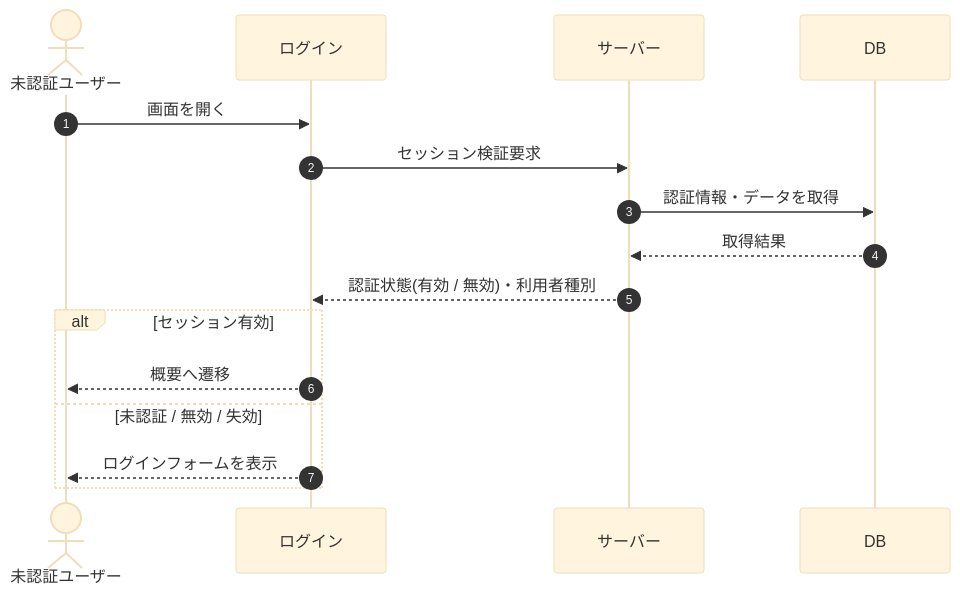
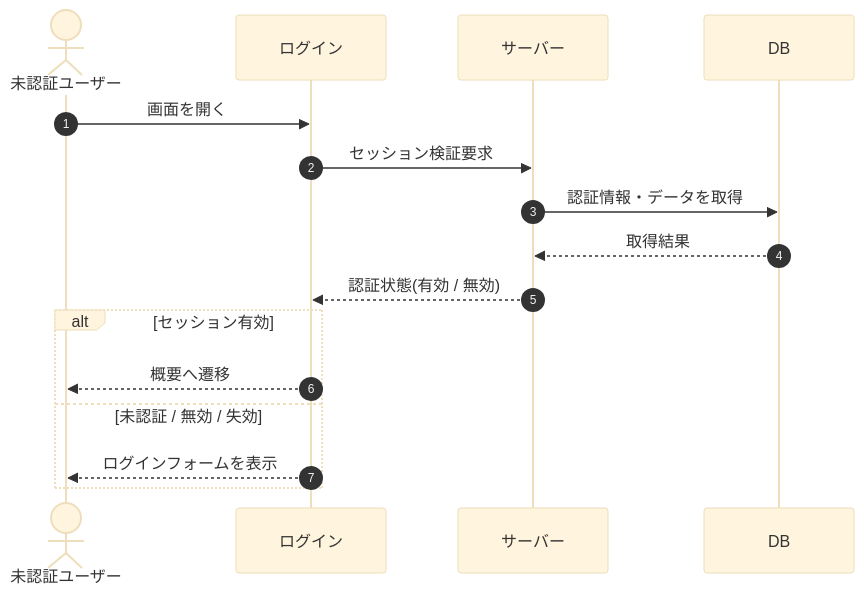
The diagram in 02_basic_design/03_sequences/SEQ-001.md (sikakou54/open-faq), drawn with Mermaid (base theme) before and after one commit. The commit also changed 32 other files, not shown here.

````diff
--- a/02_basic_design/03_sequences/SEQ-001.md
+++ b/02_basic_design/03_sequences/SEQ-001.md
@@ -15,18 +15,18 @@
 ```mermaid
 sequenceDiagram
   autonumber
   actor U as 未認証ユーザー
   participant Screen as ログイン
   participant Server as サーバー
   participant DB as DB
   U->>Screen: 画面を開く
   Screen->>Server: セッション検証要求
   Server->>DB: 認証情報・データを取得
   DB-->>Server: 取得結果
-  Server-->>Screen: 認証状態(有効 / 無効)・利用者種別
+  Server-->>Screen: 認証状態(有効 / 無効)
   alt セッション有効
     Screen-->>U: 概要へ遷移
   else 未認証 / 無効 / 失効
     Screen-->>U: ログインフォームを表示
   end
 ```
````
